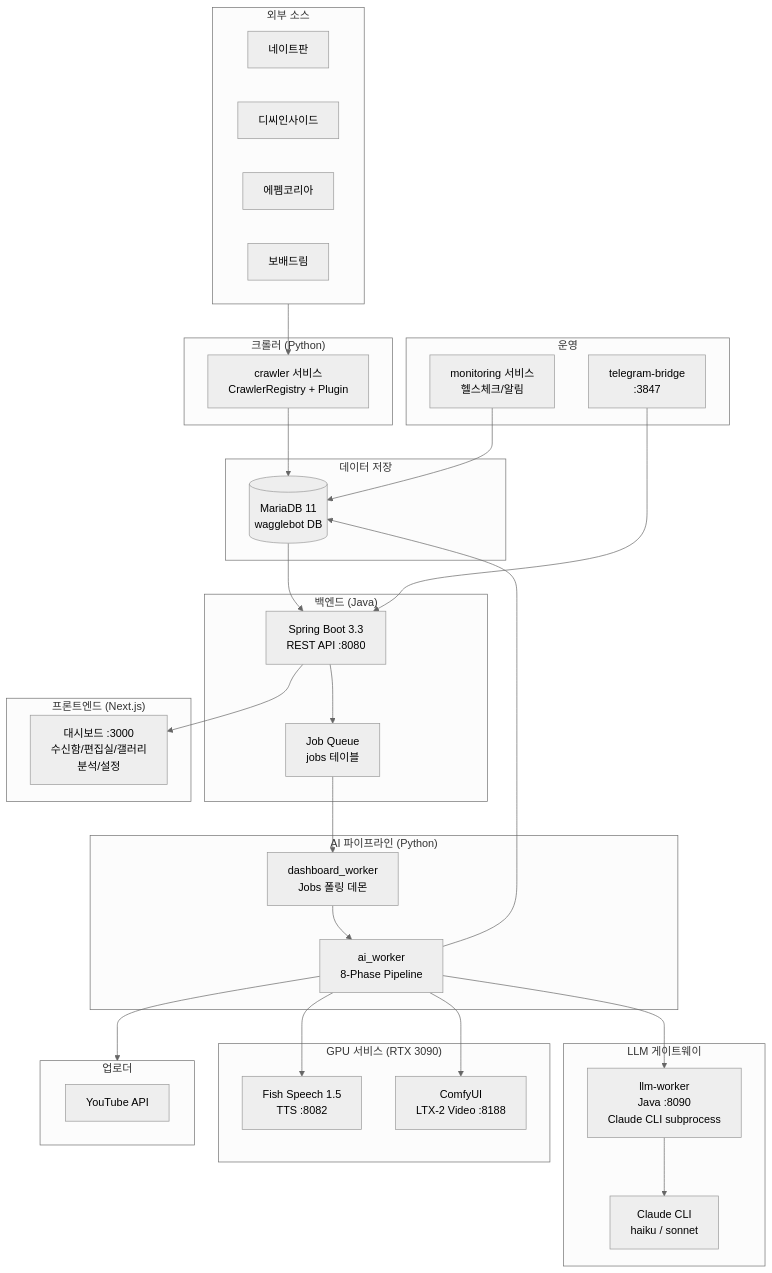
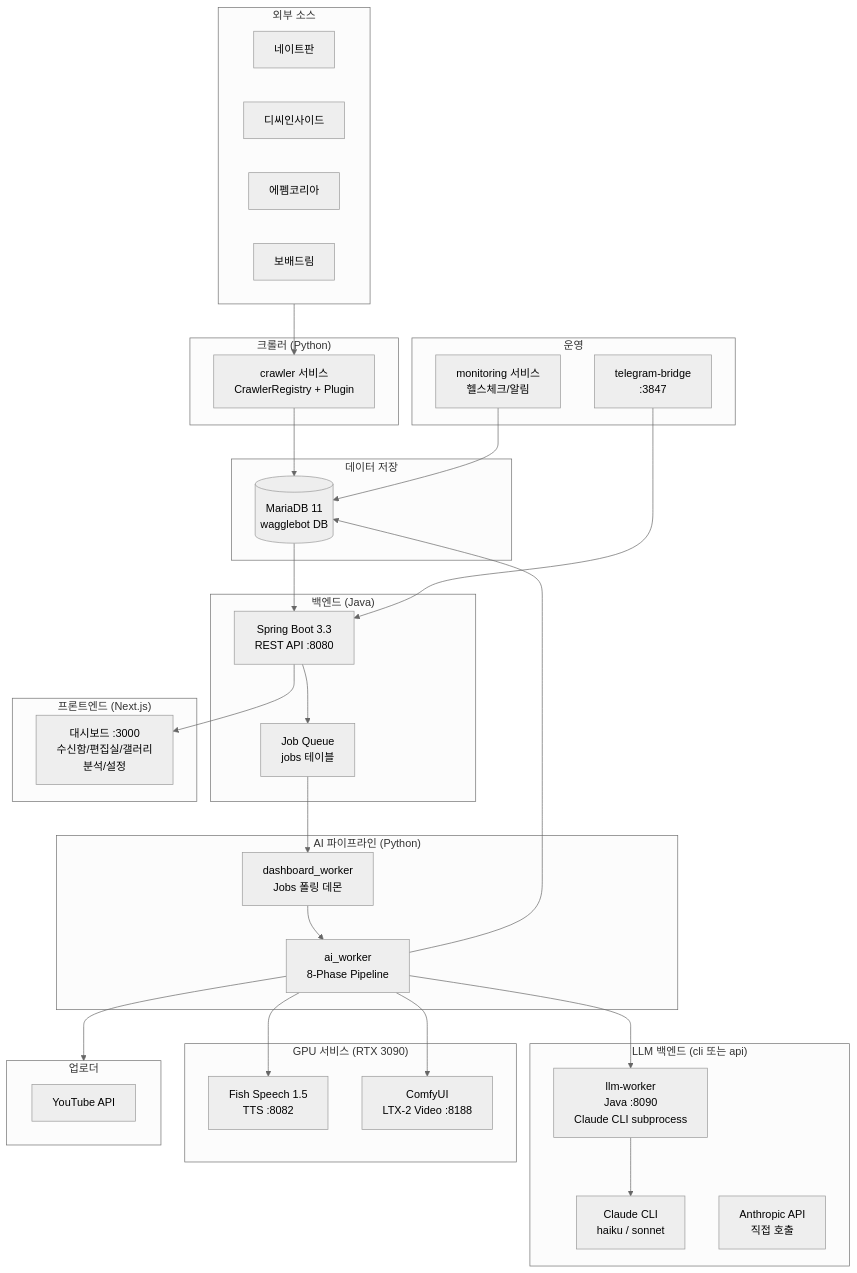
One commit to Justant-source/WaggleBot changed the first of 4 diagrams in docs/architecture.md. Above: the diagram before and after it, drawn with Mermaid (neutral theme). The commit also changed other lines of this file and 6 other files, not shown here.

````diff
--- a/docs/architecture.md
+++ b/docs/architecture.md
@@ -7,66 +7,67 @@
 ```mermaid
 flowchart TD
     subgraph External["외부 소스"]
         NATE[네이트판]
         DCINSIDE[디씨인사이드]
         FMKOREA[에펨코리아]
         BOBAEDREAM[보배드림]
     end
 
     subgraph Crawler["크롤러 (Python)"]
         CRAWL[crawler 서비스<br/>CrawlerRegistry + Plugin]
     end
 
     subgraph Storage["데이터 저장"]
         DB[(MariaDB 11<br/>wagglebot DB)]
     end
 
     subgraph Backend["백엔드 (Java)"]
         SPRING[Spring Boot 3.3<br/>REST API :8080]
         JOB[Job Queue<br/>jobs 테이블]
     end
 
     subgraph Frontend["프론트엔드 (Next.js)"]
         DASH[대시보드 :3000<br/>수신함/편집실/갤러리<br/>분석/설정]
     end
 
     subgraph AI_Pipeline["AI 파이프라인 (Python)"]
         AI[ai_worker<br/>8-Phase Pipeline]
         DW[dashboard_worker<br/>Jobs 폴링 데몬]
     end
 
-    subgraph LLM["LLM 게이트웨이"]
+    subgraph LLM["LLM 백엔드 (cli 또는 api)"]
         LLM_W[llm-worker<br/>Java :8090<br/>Claude CLI subprocess]
         CLAUDE_CLI[Claude CLI<br/>haiku / sonnet]
+        ANTHROPIC_API[Anthropic API<br/>직접 호출]
     end
 
     subgraph GPU_Services["GPU 서비스 (RTX 3090)"]
         FISH[Fish Speech 1.5<br/>TTS :8082]
         COMFY[ComfyUI<br/>LTX-2 Video :8188]
     end
 
     subgraph Upload["업로더"]
         YT[YouTube API]
     end
 
     subgraph Monitoring["운영"]
         MON[monitoring 서비스<br/>헬스체크/알림]
         TG[telegram-bridge<br/>:3847]
     end
 
     External --> CRAWL
     CRAWL --> DB
     DB --> SPRING
     SPRING --> JOB
     JOB --> DW
     DW --> AI
     AI --> LLM_W
     LLM_W --> CLAUDE_CLI
     AI --> FISH
     AI --> COMFY
     AI --> DB
     SPRING --> DASH
     AI --> Upload
     MON --> DB
     TG --> SPRING
 ```
````
